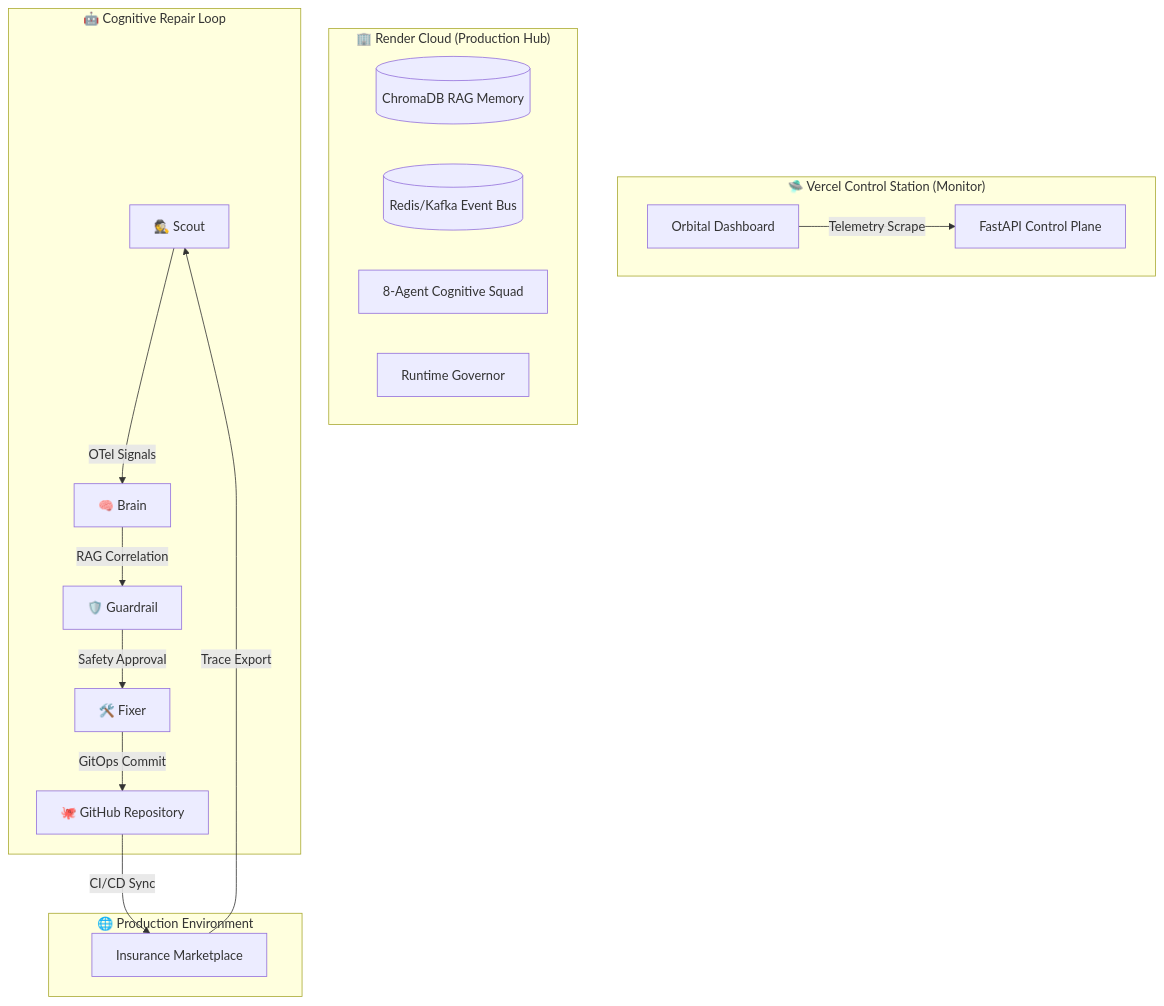
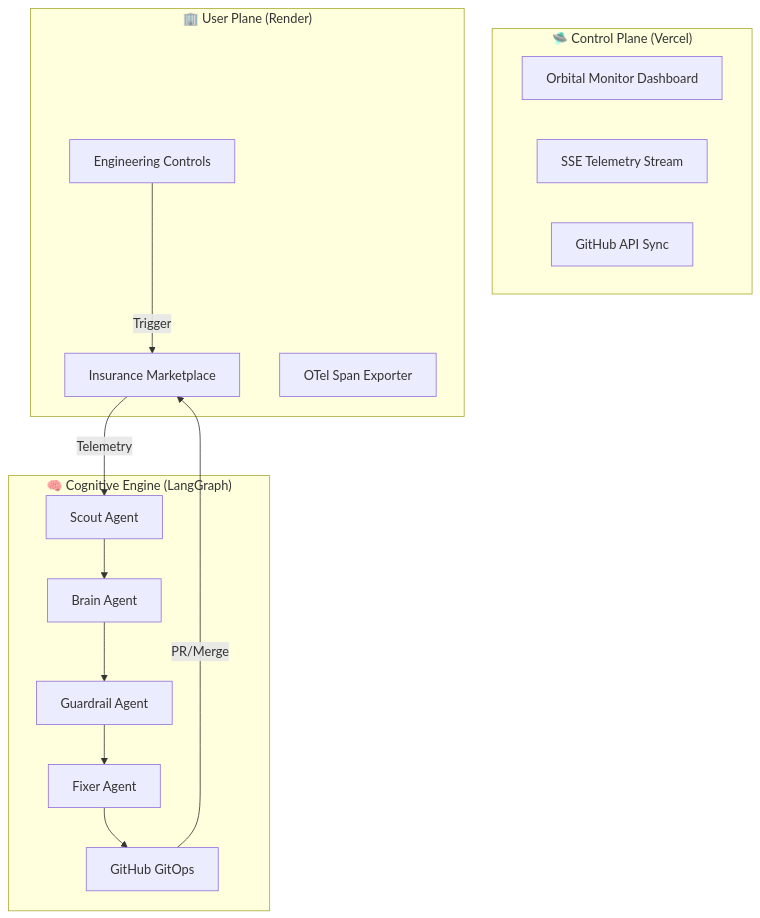
The diagram in README.md (mohammedsalmanj/sre.space-cp), drawn with Mermaid before and after one commit. The commit also changed other lines of this file and 16 other files, not shown here.

````diff
--- a/README.md
+++ b/README.md
@@ -36,29 +39,25 @@
 ```mermaid
 graph TD
-    subgraph "🛸 Vercel Control Station (Monitor)"
-        UI[Orbital Dashboard]
-        UI -->|Telemetry Scrape| RC
+    subgraph "🛸 Control Plane (Vercel)"
+        UI[Orbital Monitor Dashboard]
+        SSE[SSE Telemetry Stream]
+        GitSync[GitHub API Sync]
     end
 
-    subgraph "🏢 Render Cloud (Production Hub)"
-        RC[FastAPI Control Plane]
-        DB[(ChromaDB RAG Memory)]
-        Bus[(Redis/Kafka Event Bus)]
-        Agents[8-Agent Cognitive Squad]
-        Guard[Runtime Governor]
+    subgraph "🏢 User Plane (Render)"
+        App[Insurance Marketplace]
+        OTel[OTel Span Exporter]
+        Faults[Engineering Controls]
     end
 
-    subgraph "🤖 Cognitive Repair Loop"
-        Scout[🕵️ Scout] -->|OTel Signals| Brain[🧠 Brain]
-        Brain -->|RAG Correlation| GuardRail[🛡️ Guardrail]
-        GuardRail -->|Safety Approval| Fixer[🛠️ Fixer]
-        Fixer -->|GitOps Commit| GitHub[🐙 GitHub Repository]
+    subgraph "🧠 Cognitive Engine (LangGraph)"
+        Scout[Scout Agent] --> Brain[Brain Agent]
+        Brain --> Guard[Guardrail Agent]
+        Guard --> Fixer[Fixer Agent]
+        Fixer --> GitHub[GitHub GitOps]
     end
 
-    subgraph "🌐 Production Environment"
-        App[Insurance Marketplace]
-        App -->|Trace Export| Scout
-    end
-
-    GitHub -->|CI/CD Sync| App
+    App -->|Telemetry| Scout
+    Faults -->|Trigger| App
+    GitHub -->|PR/Merge| App
 ```
````
